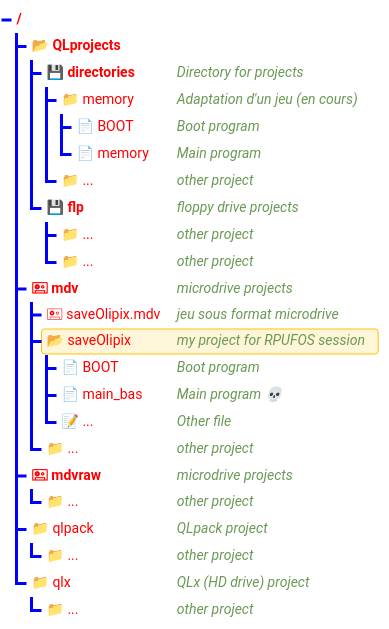
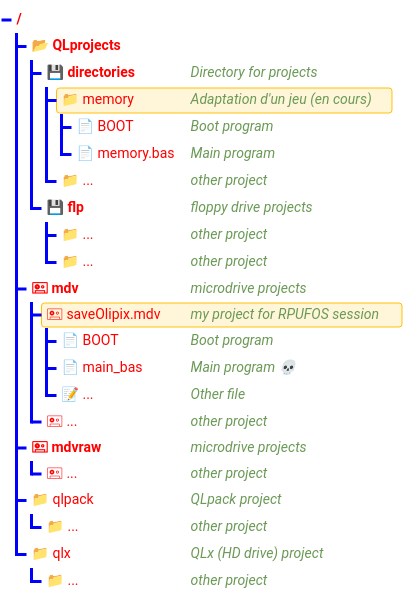
One commit to VFD/SinclairQL changed the diagram in library/programs/ReadMe.md. Above: the diagram before and after it, drawn with Mermaid. The commit also changed 2 other files, not shown here.

````diff
--- a/library/programs/ReadMe.md
+++ b/library/programs/ReadMe.md
@@ -30,37 +30,36 @@
 ```mermaid
 ---
 config:
     treeView:
         lineThickness: 3
     themeVariables:
         treeView:
             labelFontSize: '14px'
             labelColor: '#FF0000'
             lineColor: '#0000FF'
 ---
 
 treeView-beta
     📂 QLprojects/
         💾 directories/						## Directory for projects
-            📁 memory							## Adaptation d'un jeu (en cours)
-                📄 BOOT 							## Boot program
-                📄 memory						## Main program
+            📁 memory :::highlight				## Adaptation d'un jeu (en cours)
+                📄 BOOT 								## Boot program
+                📄 memory.bas						## Main program
             📁 ...								## other project
         💾 flp/								## floppy drive projects
             📁 ...								## other project
             📁 ...								## other project
 		🖭 mdv/								## microdrive projects
-            🖭 saveOlipix.mdv					## jeu sous format microdrive
-            📂 saveOlipix :::highlight			## my project for RPUFOS session
-                📄 BOOT 							## Boot program
-                📄 main_bas						## Main program 💀
-                📝 ...							## Other file
-            📁 ...          			        ## other project
+            🖭 saveOlipix.mdv :::highlight		## my project for RPUFOS session
+                📄 BOOT 								## Boot program
+                📄 main_bas							## Main program 💀
+                📝 ...								## Other file
+            🖭 ...          			        ## other project
 		🖭 mdvraw/							## microdrive projects
-			📁 ...          			        ## other project
+			🖭 ...          			        ## other project
 		📁 qlpack          			        ## QLpack project
 			📁 ...          			        ## other project
 		📁 qlx          			        ## QLx (HD drive) project
 			📁 ...          			        ## other project
 
 ```
````
